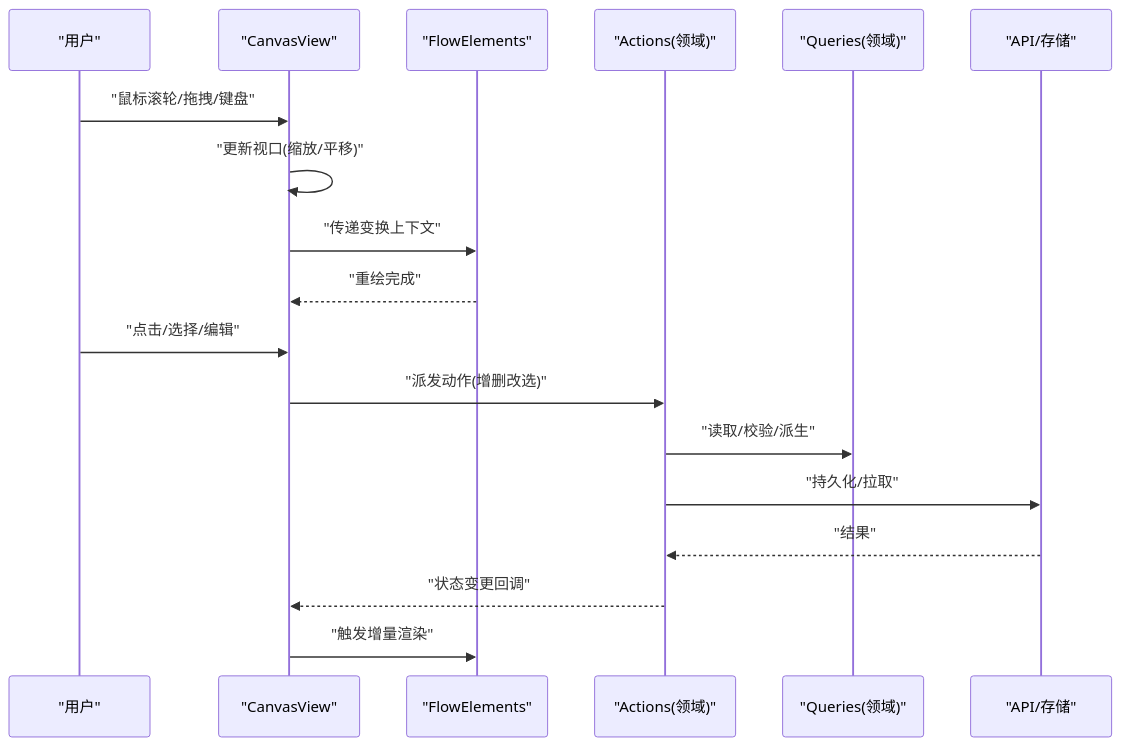
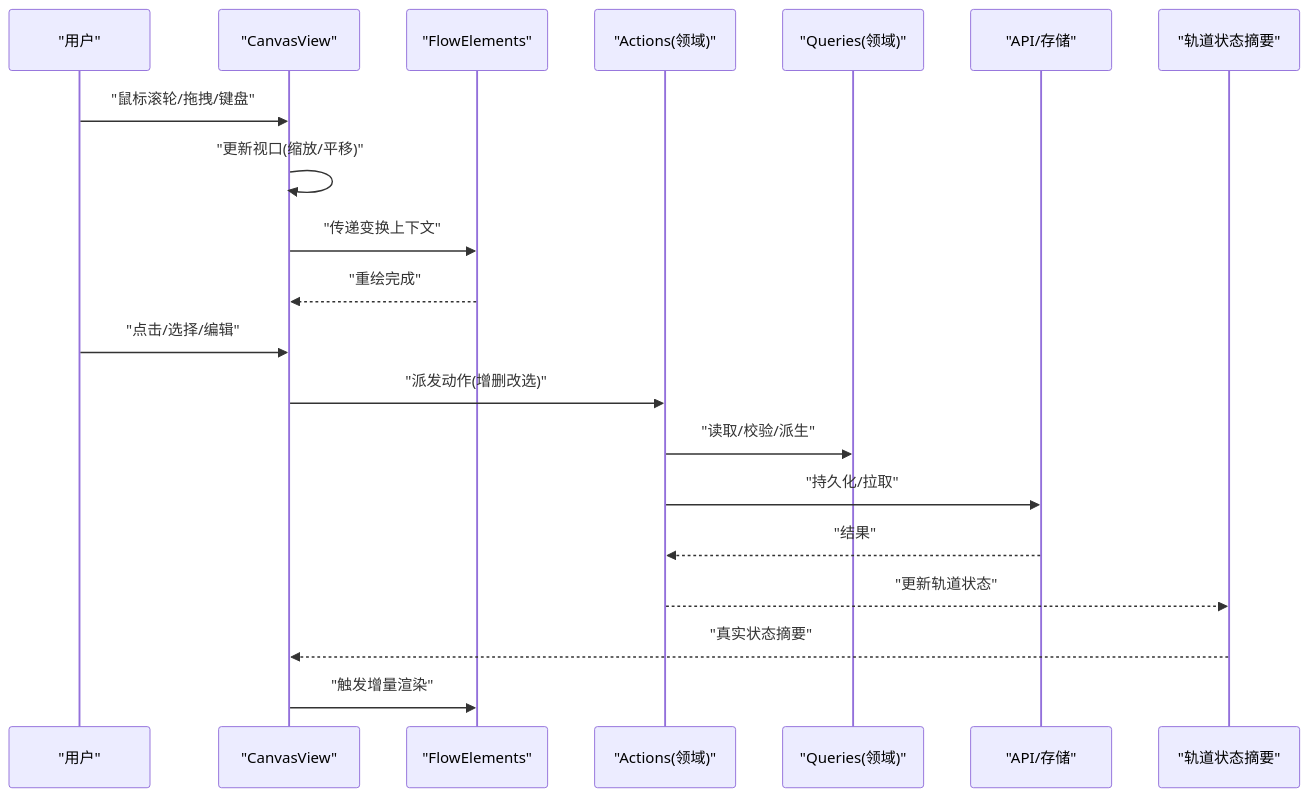
One commit to AIMFllyYS/code-video-canvas changed the second of 3 diagrams in .qoder/repowiki/zh/content/核心功能模块/画布编辑器/画布主视图.md. Above: the diagram before and after it, drawn with Mermaid. The commit also changed other lines of this file and 31 other files, not shown here.

````diff
--- a/.qoder/repowiki/zh/content/核心功能模块/画布编辑器/画布主视图.md
+++ b/.qoder/repowiki/zh/content/核心功能模块/画布编辑器/画布主视图.md
@@ -99,20 +112,22 @@
 ```mermaid
 sequenceDiagram
 participant U as "用户"
 participant V as "CanvasView"
 participant FE as "FlowElements"
 participant ACT as "Actions(领域)"
 participant QRY as "Queries(领域)"
 participant API as "API/存储"
+participant TSS as "轨道状态摘要"
 U->>V : "鼠标滚轮/拖拽/键盘"
 V->>V : "更新视口(缩放/平移)"
 V->>FE : "传递变换上下文"
 FE-->>V : "重绘完成"
 U->>V : "点击/选择/编辑"
 V->>ACT : "派发动作(增删改选)"
 ACT->>QRY : "读取/校验/派生"
 ACT->>API : "持久化/拉取"
 API-->>ACT : "结果"
-ACT-->>V : "状态变更回调"
+ACT-->>TSS : "更新轨道状态"
+TSS-->>V : "真实状态摘要"
 V->>FE : "触发增量渲染"
 ```
````
